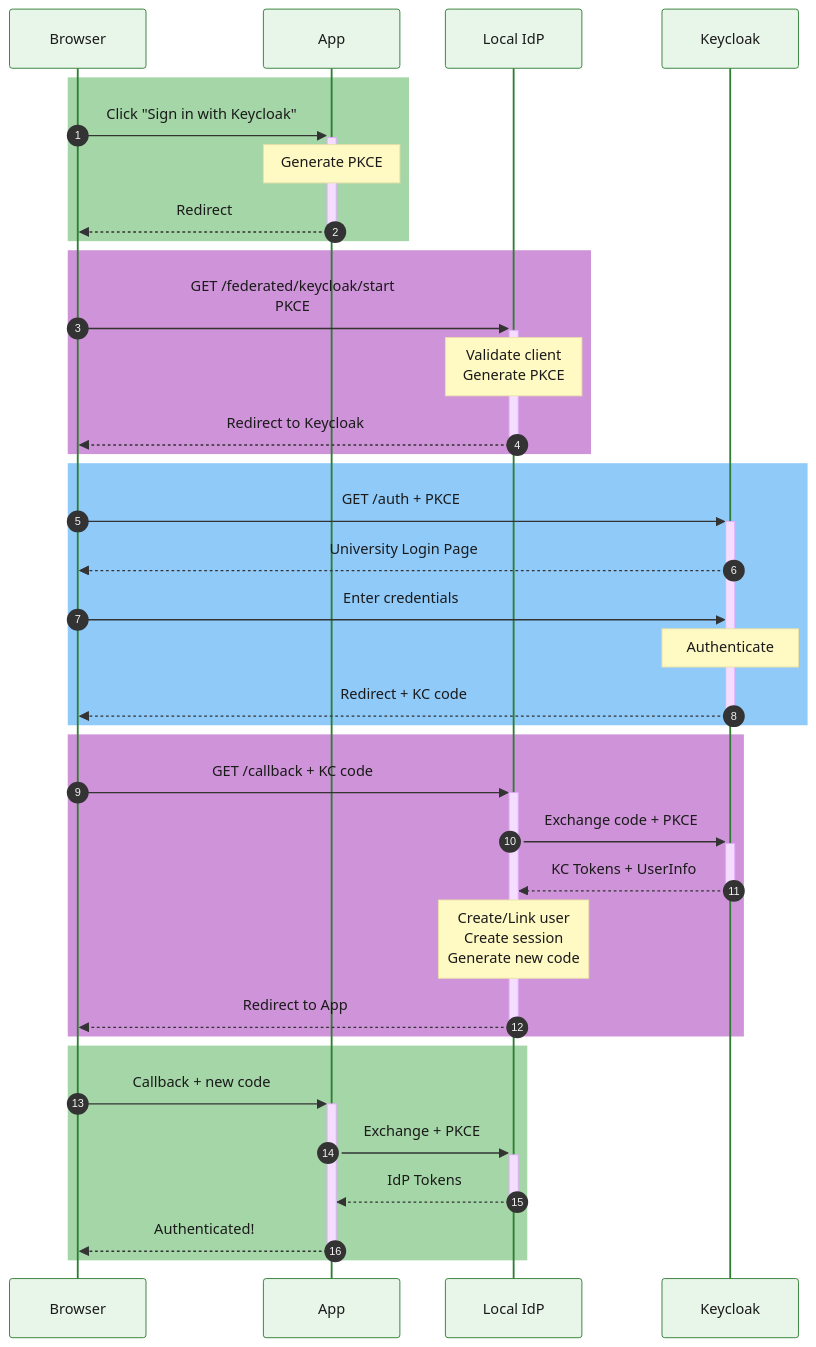
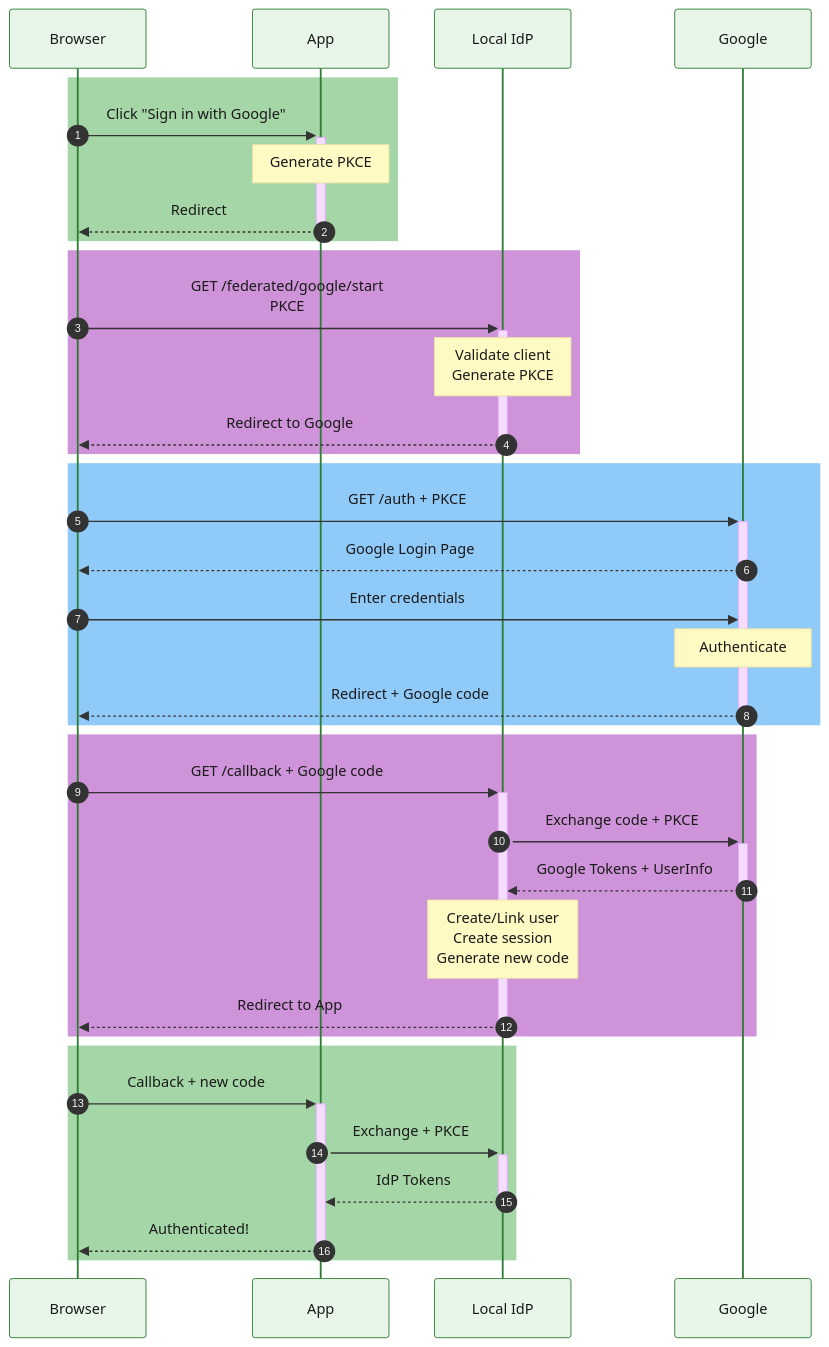
One commit to ioannis-psomadelis/sso-app changed the fourth of 12 diagrams in docs/diagrams/DIAGRAMS_MERMAID.md. Above: the diagram before and after it, drawn with Mermaid. The commit also changed other lines of this file and 58 other files, not shown here.

````diff
--- a/docs/diagrams/DIAGRAMS_MERMAID.md
+++ b/docs/diagrams/DIAGRAMS_MERMAID.md
@@ -133,45 +133,45 @@
 ```mermaid
 %%{init: {'theme': 'base', 'themeVariables': { 'actorTextColor': '#1a1a1a', 'signalTextColor': '#1a1a1a', 'noteTextColor': '#1a1a1a', 'noteBkgColor': '#fff9c4', 'actorBkg': '#e8f5e9', 'actorBorder': '#2e7d32' }}}%%
 sequenceDiagram
     autonumber
 
     participant U as Browser
     participant A as App
     participant IDP as Local IdP
-    participant KC as Keycloak
+    participant GG as Google
 
     rect rgb(165, 214, 167)
-        U->>+A: Click "Sign in with Keycloak"
+        U->>+A: Click "Sign in with Google"
         Note over A: Generate PKCE #1<br/>(App - IdP)
         A-->>-U: Redirect
     end
 
     rect rgb(206, 147, 216)
-        U->>+IDP: GET /federated/keycloak/start<br/>PKCE #1 challenge
-        Note over IDP: Validate client<br/>Generate PKCE #2<br/>(IdP - Keycloak)<br/>Store in cookie
-        IDP-->>-U: Redirect to Keycloak
+        U->>+IDP: GET /federated/google/start<br/>PKCE #1 challenge
+        Note over IDP: Validate client<br/>Generate PKCE #2<br/>(IdP - Google)<br/>Store in cookie
+        IDP-->>-U: Redirect to Google
     end
 
     rect rgb(144, 202, 249)
-        U->>+KC: GET /auth + PKCE #2
-        KC-->>U: University Login Page
-        U->>KC: Enter credentials
-        Note over KC: Authenticate
-        KC-->>-U: Redirect + KC code
+        U->>+GG: GET /auth + PKCE #2
+        GG-->>U: Google Login Page
+        U->>GG: Enter credentials
+        Note over GG: Authenticate
+        GG-->>-U: Redirect + Google code
     end
 
     rect rgb(206, 147, 216)
-        U->>+IDP: GET /callback + KC code
-        IDP->>+KC: Exchange code + PKCE #2 verifier
-        KC-->>-IDP: KC Tokens + UserInfo
+        U->>+IDP: GET /callback + Google code
+        IDP->>+GG: Exchange code + PKCE #2 verifier
+        GG-->>-IDP: Google Tokens + UserInfo
         Note over IDP: Create/Link user<br/>Create session<br/>Generate new code
         IDP-->>-U: Redirect to App
     end
 
     rect rgb(165, 214, 167)
         U->>+A: Callback + new code
         A->>+IDP: Exchange + PKCE #1 verifier
         IDP-->>-A: IdP Tokens
         A-->>-U: Authenticated!
     end
 ```
````
